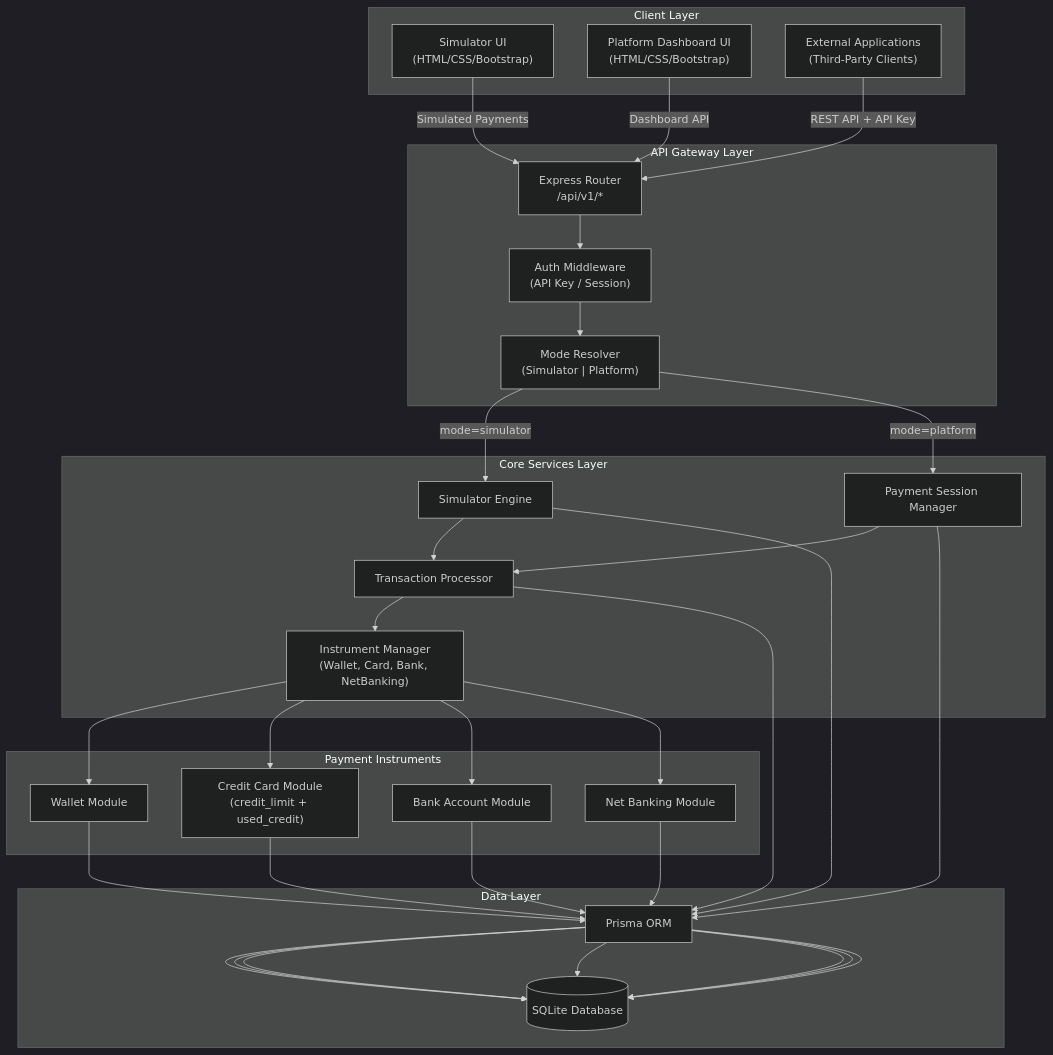
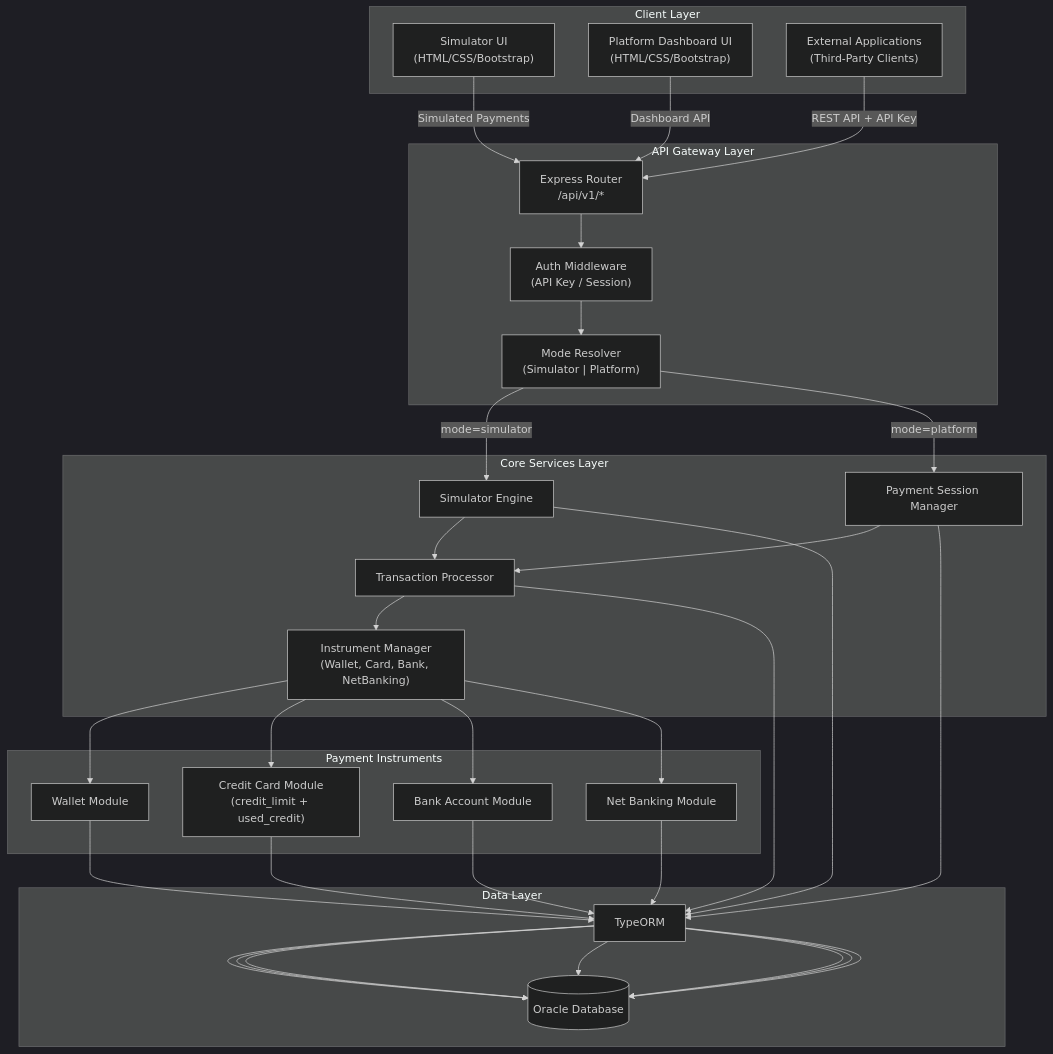
One commit to shahparamh/PaySim---Payment-Gateway changed the first of 5 diagrams in docs/ARCHITECTURE.md. Above: the diagram before and after it, drawn with Mermaid (dark theme). The commit also changed 41 other files, not shown here.

````diff
--- a/docs/ARCHITECTURE.md
+++ b/docs/ARCHITECTURE.md
@@ -5,61 +5,61 @@
 ```mermaid
 graph TB
     subgraph "Client Layer"
         SIM_UI["Simulator UI<br/>(HTML/CSS/Bootstrap)"]
         PLAT_UI["Platform Dashboard UI<br/>(HTML/CSS/Bootstrap)"]
         EXT_APP["External Applications<br/>(Third-Party Clients)"]
     end
 
     subgraph "API Gateway Layer"
         ROUTER["Express Router<br/>/api/v1/*"]
         AUTH_MW["Auth Middleware<br/>(API Key / Session)"]
         MODE_MW["Mode Resolver<br/>(Simulator | Platform)"]
     end
 
     subgraph "Core Services Layer"
         SIM_ENG["Simulator Engine"]
         PAY_SESS["Payment Session Manager"]
         TXN_PROC["Transaction Processor"]
         INSTRUMENT["Instrument Manager<br/>(Wallet, Card, Bank, NetBanking)"]
     end
 
     subgraph "Payment Instruments"
         WALLET["Wallet Module"]
         CREDIT["Credit Card Module<br/>(credit_limit + used_credit)"]
         BANK["Bank Account Module"]
         NETBANK["Net Banking Module"]
     end
 
     subgraph "Data Layer"
-        SQLITE[("SQLite Database")]
-        PRISMA["Prisma ORM"]
+        ORACLE[("Oracle Database")]
+        TYPEORM["TypeORM"]
     end
 
     SIM_UI -->|"Simulated Payments"| ROUTER
     PLAT_UI -->|"Dashboard API"| ROUTER
     EXT_APP -->|"REST API + API Key"| ROUTER
 
     ROUTER --> AUTH_MW --> MODE_MW
 
     MODE_MW -->|"mode=simulator"| SIM_ENG
     MODE_MW -->|"mode=platform"| PAY_SESS
 
     SIM_ENG --> TXN_PROC
     PAY_SESS --> TXN_PROC
 
     TXN_PROC --> INSTRUMENT
 
     INSTRUMENT --> WALLET
     INSTRUMENT --> CREDIT
     INSTRUMENT --> BANK
     INSTRUMENT --> NETBANK
 
-    WALLET --> PRISMA --> SQLITE
-    CREDIT --> PRISMA --> SQLITE
-    BANK --> PRISMA --> SQLITE
-    NETBANK --> PRISMA --> SQLITE
+    WALLET --> TYPEORM --> ORACLE
+    CREDIT --> TYPEORM --> ORACLE
+    BANK --> TYPEORM --> ORACLE
+    NETBANK --> TYPEORM --> ORACLE
 
-    PAY_SESS --> PRISMA --> SQLITE
-    TXN_PROC --> PRISMA --> SQLITE
-    SIM_ENG --> PRISMA --> SQLITE
+    PAY_SESS --> TYPEORM --> ORACLE
+    TXN_PROC --> TYPEORM --> ORACLE
+    SIM_ENG --> TYPEORM --> ORACLE
 ```
````
